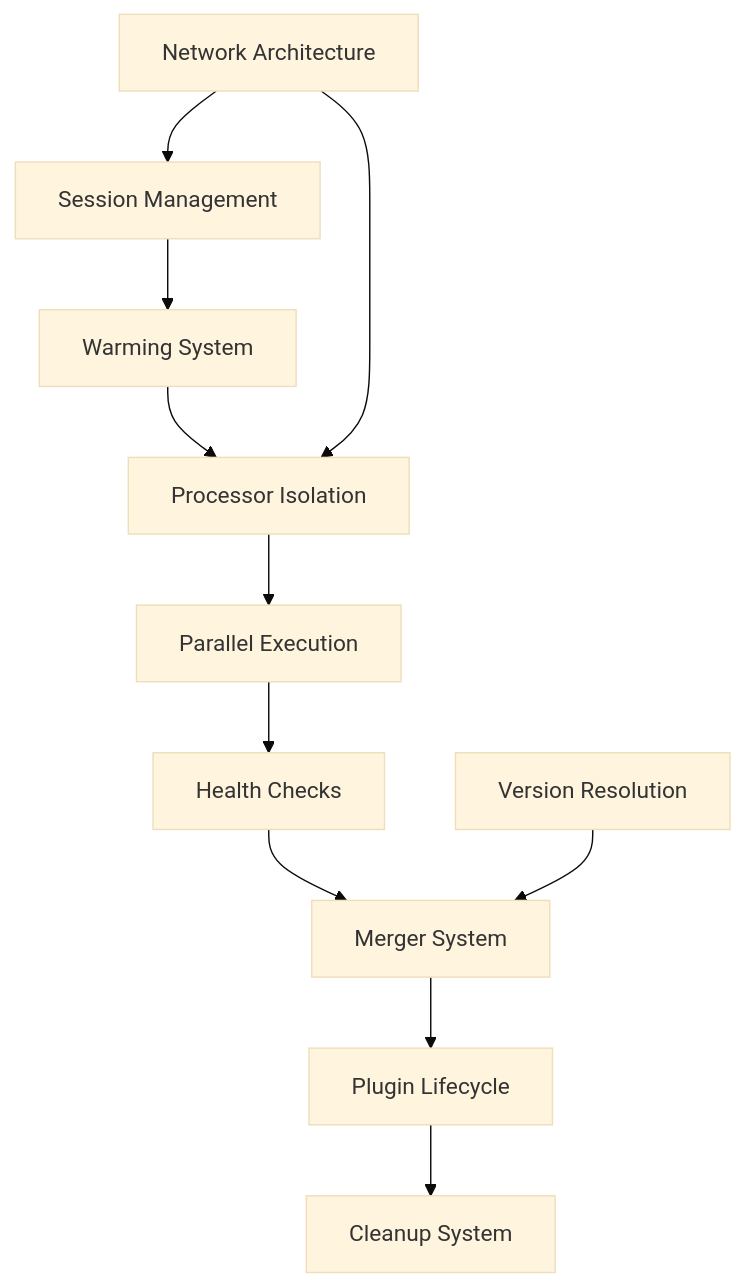
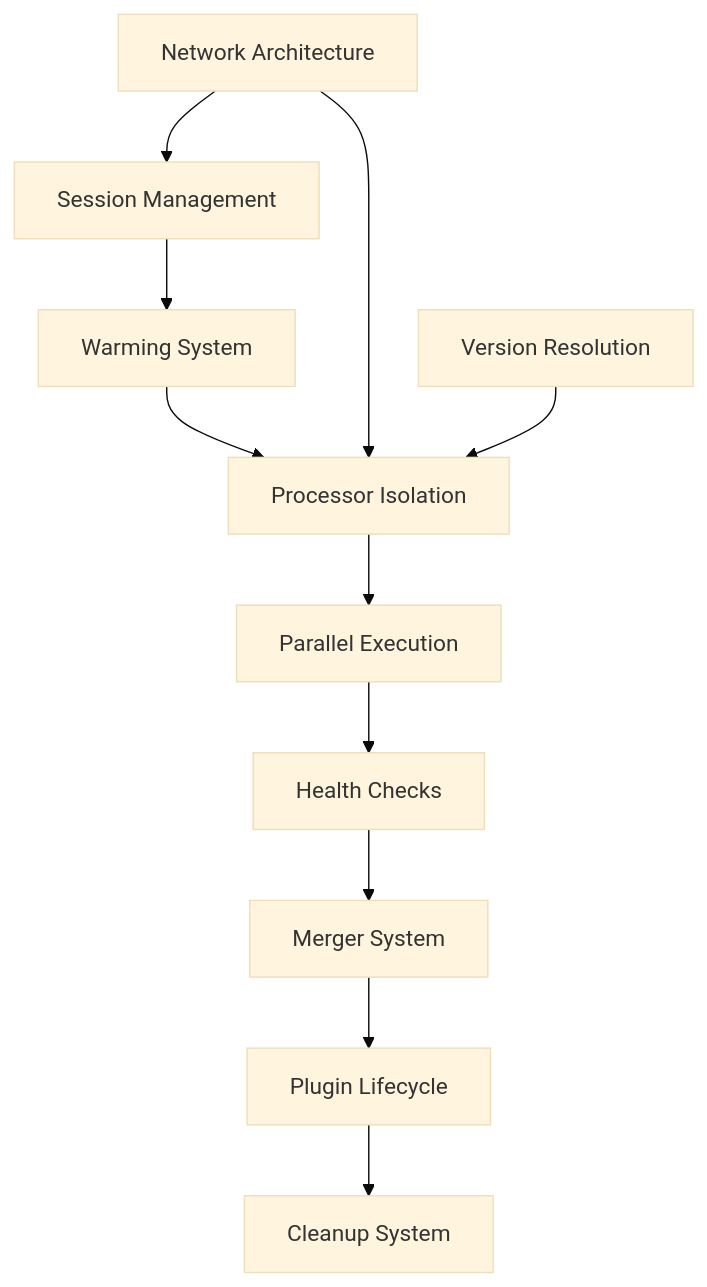
The diagram in docs/developer/features/00-README.md (AtomiCloud/sulfone.boron), drawn with Mermaid (base theme) before and after one commit. The commit also changed other lines of this file and 27 other files, not shown here.

````diff
--- a/docs/developer/features/00-README.md
+++ b/docs/developer/features/00-README.md
@@ -7,14 +7,14 @@
 ```mermaid
 flowchart TD
     SM[Session Management] --> WU[Warming System]
     WU --> PI[Processor Isolation]
     PI --> PE[Parallel Execution]
     PE --> HC[Health Checks]
     HC --> MS[Merger System]
     MS --> PL[Plugin Lifecycle]
     PL --> CS[Cleanup System]
 
     NA[Network Architecture] --> SM
     NA --> PI
-    VR[Version Resolution] --> MS
+    VR[Version Resolution] --> PI
 ```
````
